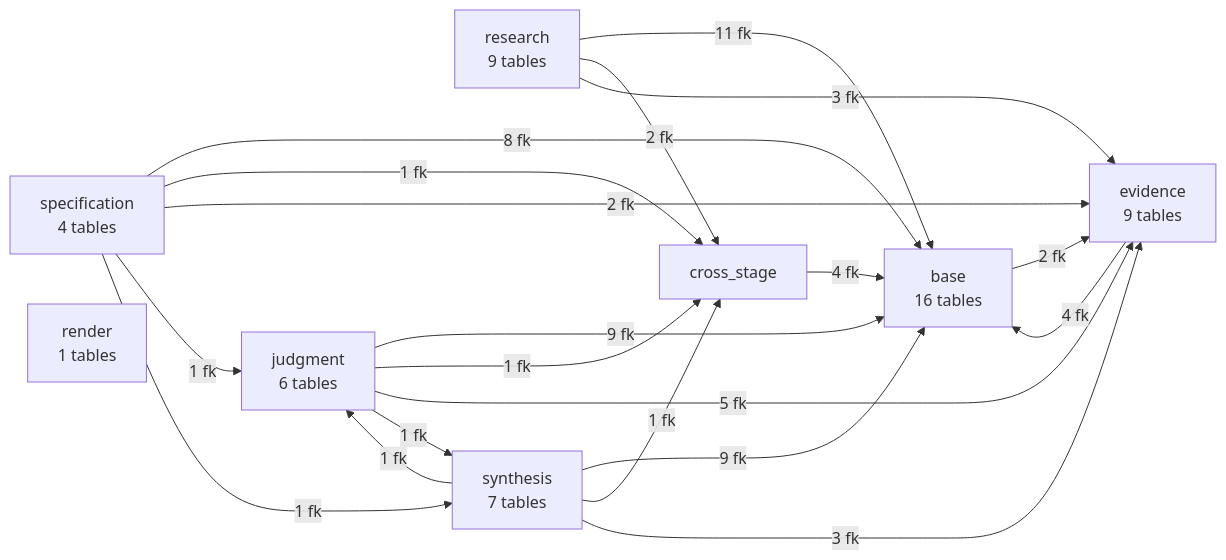
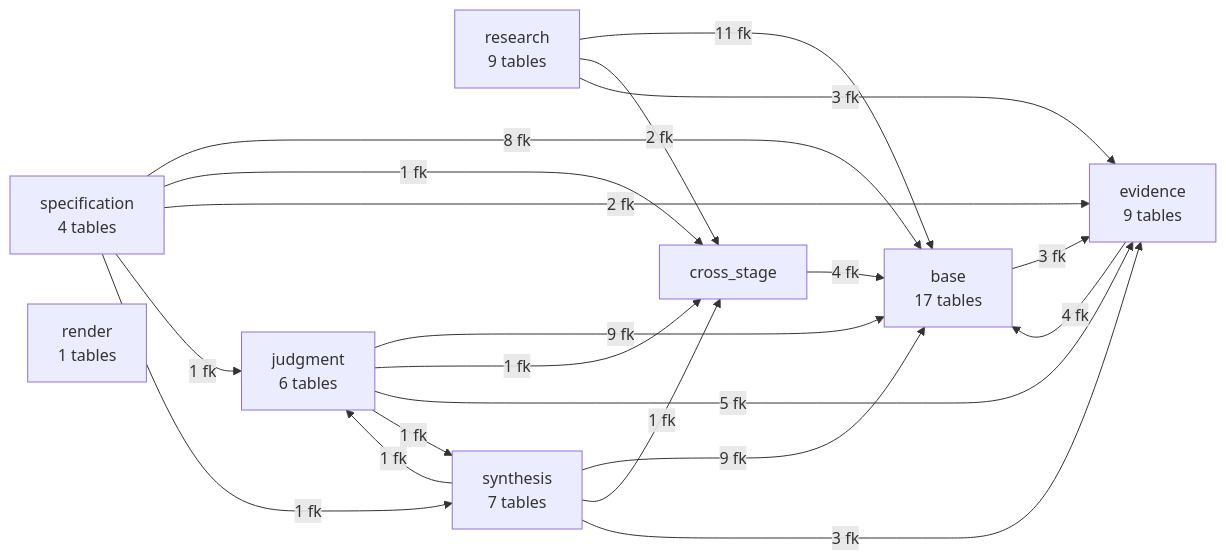
One commit to jordanelias/guidebook changed the first of 10 diagrams in workplan/pipeline-state-graph/STATE-GRAPH.md. Above: the diagram before and after it, drawn with Mermaid. The commit also changed other lines of this file and 4 other files, not shown here.

First line of the commit message:
governance: end-of-batch sweep, regenerate the plan and state graph, record the second stack's notes [2026-11-17 03:00]

````diff
--- a/workplan/pipeline-state-graph/STATE-GRAPH.md
+++ b/workplan/pipeline-state-graph/STATE-GRAPH.md
@@ -25,29 +25,29 @@
 ```mermaid
 flowchart LR
-  base["base\n16 tables"]
+  base["base\n17 tables"]
   research["research\n9 tables"]
   evidence["evidence\n9 tables"]
   judgment["judgment\n6 tables"]
   synthesis["synthesis\n7 tables"]
   specification["specification\n4 tables"]
   render["render\n1 tables"]
-  base -->|2 fk| evidence
+  base -->|3 fk| evidence
   cross_stage -->|4 fk| base
   evidence -->|4 fk| base
   judgment -->|9 fk| base
   judgment -->|1 fk| cross_stage
   judgment -->|5 fk| evidence
   judgment -->|1 fk| synthesis
   research -->|11 fk| base
   research -->|2 fk| cross_stage
   research -->|3 fk| evidence
   specification -->|8 fk| base
   specification -->|1 fk| cross_stage
   specification -->|2 fk| evidence
   specification -->|1 fk| judgment
   specification -->|1 fk| synthesis
   synthesis -->|9 fk| base
   synthesis -->|1 fk| cross_stage
   synthesis -->|3 fk| evidence
   synthesis -->|1 fk| judgment
 ```
````
